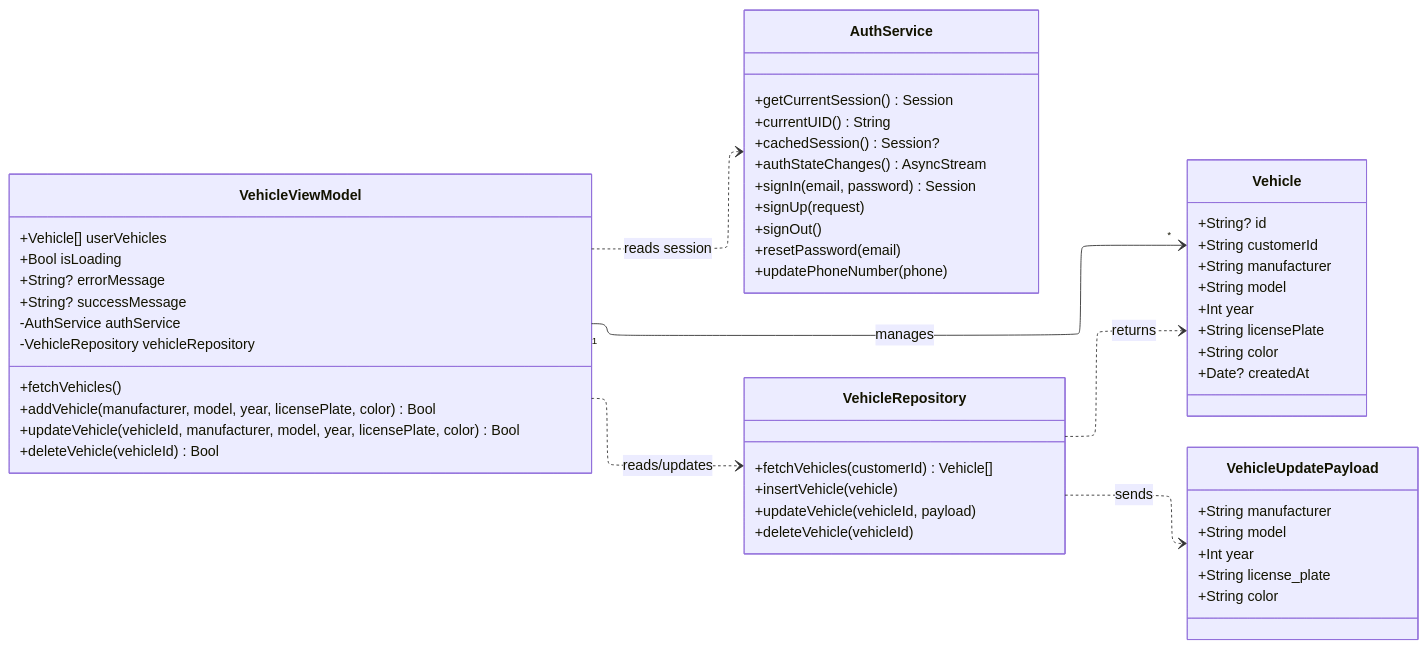
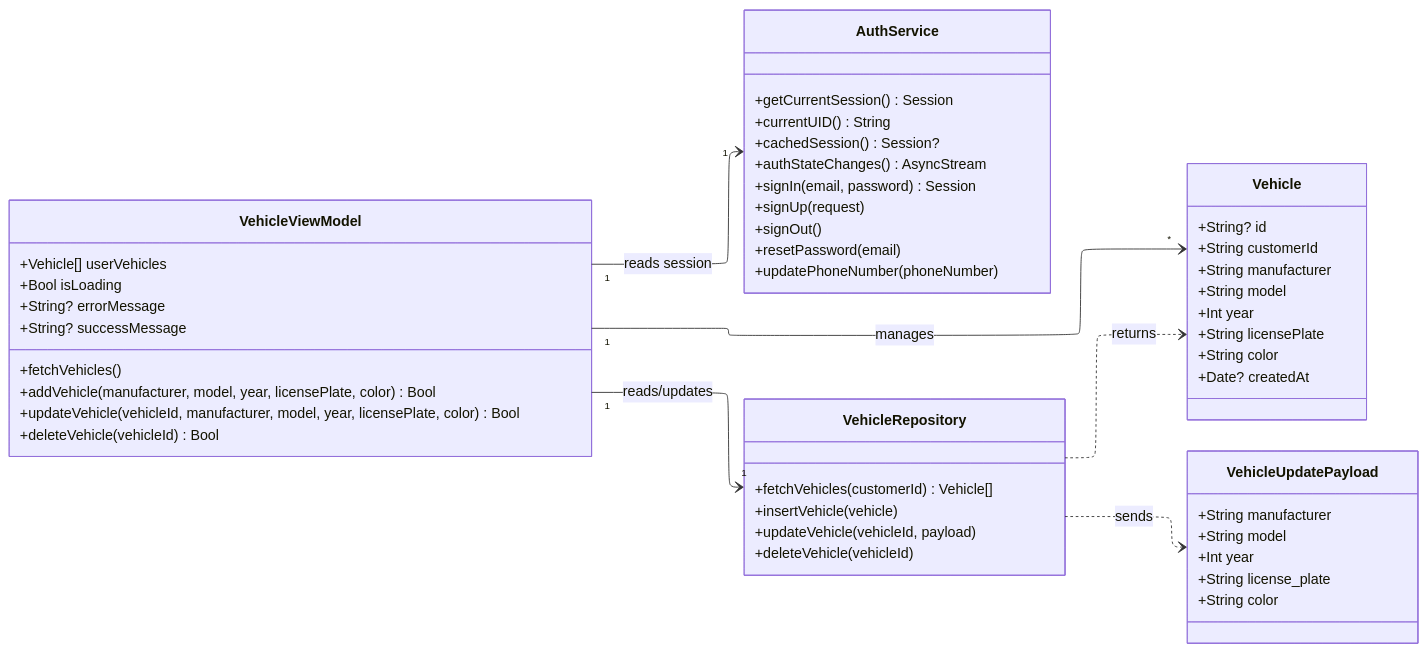
The third of 12 diagrams in diagram/feature-class-diagrams.md (rei-soemanto/BengkelIn_SE), drawn with Mermaid before and after one commit. The commit also changed other lines of this file and 2 other files, not shown here.

Commit message:
more accurate full class diagram

````diff
--- a/diagram/feature-class-diagrams.md
+++ b/diagram/feature-class-diagrams.md
@@ -226,65 +227,63 @@
 ```mermaid
 ---
 config:
   layout: elk
   elk:
     nodePlacementStrategy: LINEAR_SEGMENTS
     mergeEdges: false
 ---
 classDiagram
     direction LR
 
     class AuthService {
         +getCurrentSession() Session
         +currentUID() String
         +cachedSession() Session?
         +authStateChanges() AsyncStream
         +signIn(email, password) Session
         +signUp(request)
         +signOut()
         +resetPassword(email)
-        +updatePhoneNumber(phone)
+        +updatePhoneNumber(phoneNumber)
     }
     class VehicleRepository {
         +fetchVehicles(customerId) Vehicle[]
         +insertVehicle(vehicle)
         +updateVehicle(vehicleId, payload)
         +deleteVehicle(vehicleId)
     }
     class VehicleViewModel {
         +Vehicle[] userVehicles
         +Bool isLoading
         +String? errorMessage
         +String? successMessage
-        -AuthService authService
-        -VehicleRepository vehicleRepository
         +fetchVehicles()
         +addVehicle(manufacturer, model, year, licensePlate, color) Bool
         +updateVehicle(vehicleId, manufacturer, model, year, licensePlate, color) Bool
         +deleteVehicle(vehicleId) Bool
     }
     class Vehicle {
         +String? id
         +String customerId
         +String manufacturer
         +String model
         +Int year
         +String licensePlate
         +String color
         +Date? createdAt
     }
     class VehicleUpdatePayload {
         +String manufacturer
         +String model
         +Int year
         +String license_plate
         +String color
     }
 
-    VehicleViewModel ..> AuthService : reads session
-    VehicleViewModel ..> VehicleRepository : reads/updates
+    VehicleViewModel "1" --> "1" AuthService : reads session
+    VehicleViewModel "1" --> "1" VehicleRepository : reads/updates
     VehicleViewModel "1" --> "*" Vehicle : manages
     VehicleRepository ..> Vehicle : returns
     VehicleRepository ..> VehicleUpdatePayload : sends
 
 ```
````
